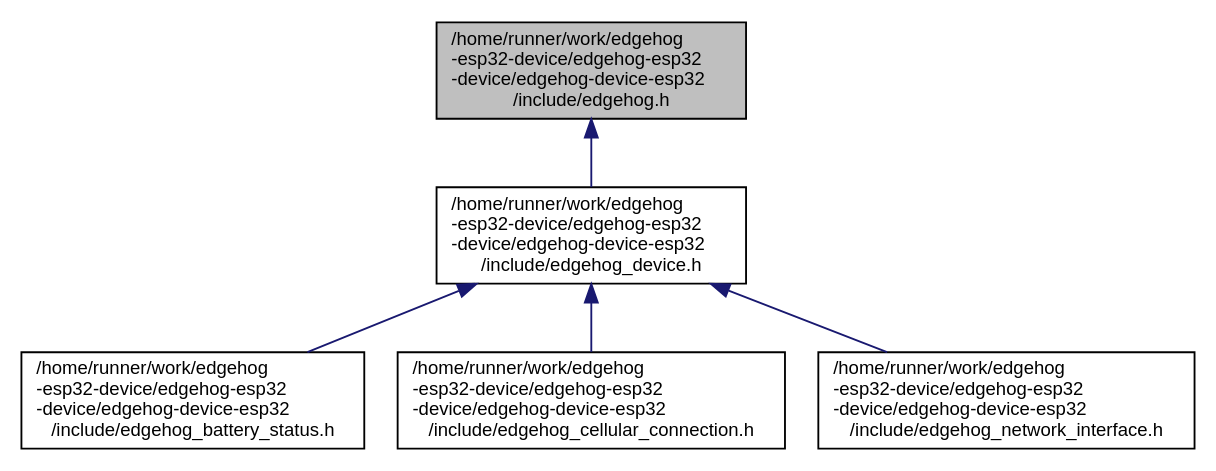
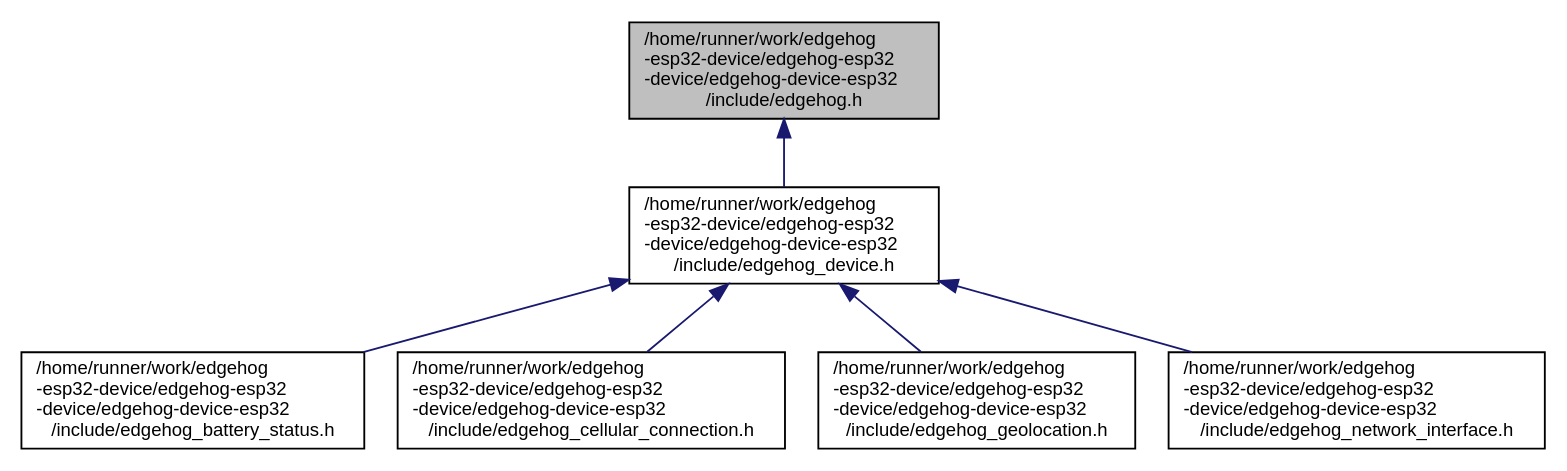
One commit to edgehog-device-manager/docs changed the diagram in snapshot/device-sdks/esp32/edgehog_8h__dep__incl.dot. Above: the diagram before and after it, drawn with Graphviz. The commit also changed 28 other files, not shown here.

Commit message:
Update Edgehog ESP32 SDK documentation

```diff
--- a/snapshot/device-sdks/esp32/edgehog_8h__dep__incl.dot
+++ b/snapshot/device-sdks/esp32/edgehog_8h__dep__incl.dot
@@ -1,15 +1,17 @@
 digraph "/home/runner/work/edgehog-esp32-device/edgehog-esp32-device/edgehog-device-esp32/include/edgehog.h"
 {
  // LATEX_PDF_SIZE
   edge [fontname="Helvetica",fontsize="10",labelfontname="Helvetica",labelfontsize="10"];
   node [fontname="Helvetica",fontsize="10",shape=record];
   Node1 [label="/home/runner/work/edgehog\l-esp32-device/edgehog-esp32\l-device/edgehog-device-esp32\l/include/edgehog.h",height=0.2,width=0.4,color="black", fillcolor="grey75", style="filled", fontcolor="black",tooltip="Edgehog types and defines."];
   Node1 -> Node2 [dir="back",color="midnightblue",fontsize="10",style="solid",fontname="Helvetica"];
   Node2 [label="/home/runner/work/edgehog\l-esp32-device/edgehog-esp32\l-device/edgehog-device-esp32\l/include/edgehog_device.h",height=0.2,width=0.4,color="black", fillcolor="white", style="filled",URL="$edgehog__device_8h.html",tooltip="Edgehog device SDK API."];
   Node2 -> Node3 [dir="back",color="midnightblue",fontsize="10",style="solid",fontname="Helvetica"];
   Node3 [label="/home/runner/work/edgehog\l-esp32-device/edgehog-esp32\l-device/edgehog-device-esp32\l/include/edgehog_battery_status.h",height=0.2,width=0.4,color="black", fillcolor="white", style="filled",URL="$edgehog__battery__status_8h.html",tooltip="Edgehog device battery status API."];
   Node2 -> Node4 [dir="back",color="midnightblue",fontsize="10",style="solid",fontname="Helvetica"];
   Node4 [label="/home/runner/work/edgehog\l-esp32-device/edgehog-esp32\l-device/edgehog-device-esp32\l/include/edgehog_cellular_connection.h",height=0.2,width=0.4,color="black", fillcolor="white", style="filled",URL="$edgehog__cellular__connection_8h.html",tooltip="Edgehog device cellular connection API."];
   Node2 -> Node5 [dir="back",color="midnightblue",fontsize="10",style="solid",fontname="Helvetica"];
-  Node5 [label="/home/runner/work/edgehog\l-esp32-device/edgehog-esp32\l-device/edgehog-device-esp32\l/include/edgehog_network_interface.h",height=0.2,width=0.4,color="black", fillcolor="white", style="filled",URL="$edgehog__network__interface_8h.html",tooltip="Edgehog device network interface API."];
+  Node5 [label="/home/runner/work/edgehog\l-esp32-device/edgehog-esp32\l-device/edgehog-device-esp32\l/include/edgehog_geolocation.h",height=0.2,width=0.4,color="black", fillcolor="white", style="filled",URL="$edgehog__geolocation_8h_source.html",tooltip=" "];
+  Node2 -> Node6 [dir="back",color="midnightblue",fontsize="10",style="solid",fontname="Helvetica"];
+  Node6 [label="/home/runner/work/edgehog\l-esp32-device/edgehog-esp32\l-device/edgehog-device-esp32\l/include/edgehog_network_interface.h",height=0.2,width=0.4,color="black", fillcolor="white", style="filled",URL="$edgehog__network__interface_8h.html",tooltip="Edgehog device network interface API."];
 }
```
